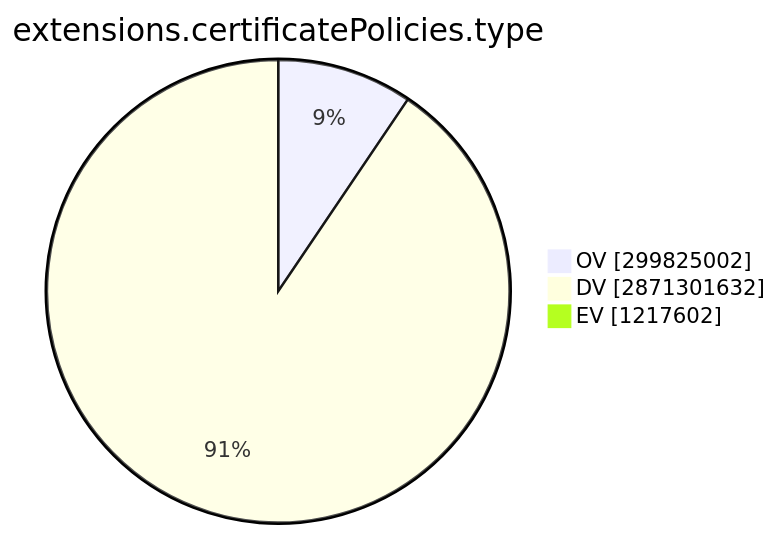
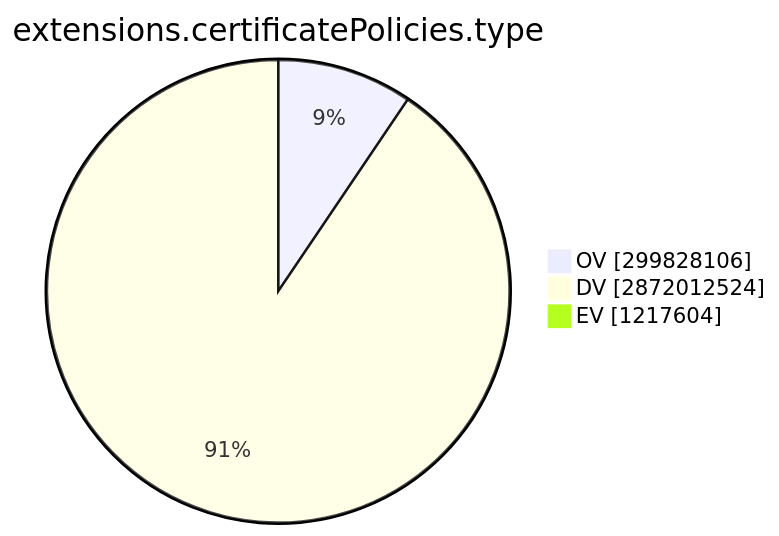
Before and after one commit to christiankrug/ctmonitor_visualization: the ninth of 15 diagrams in TOTAL/README.md, drawn with Mermaid. The commit also changed other lines of this file, not shown here.

````diff
--- a/TOTAL/README.md
+++ b/TOTAL/README.md
@@ -3101,7 +3101,7 @@
 ```mermaid
 pie showData
 title extensions.certificatePolicies.type
-"OV" :299825002
-"DV" :2871301632
-"EV" :1217602
+"OV" :299828106
+"DV" :2872012524
+"EV" :1217604
 ```
````
